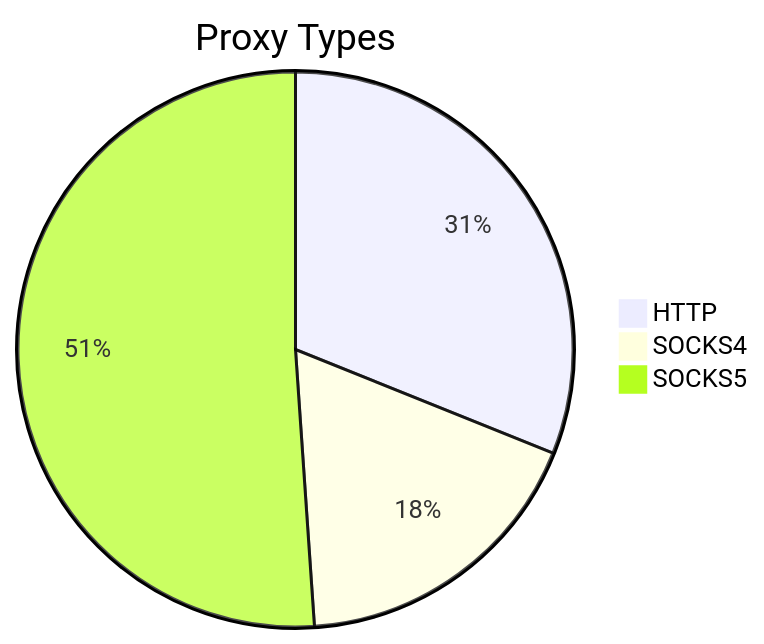
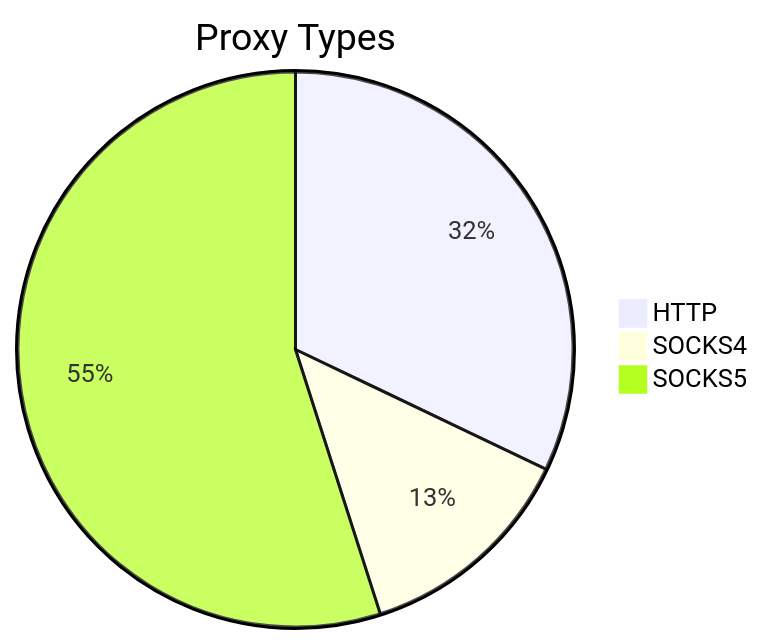
Before and after one commit to stormsia/proxy-list: the first of 2 diagrams in README.md, drawn with Mermaid. The commit also changed other lines of this file, not shown here.

````diff
--- a/README.md
+++ b/README.md
@@ -21,6 +21,6 @@
 ```mermaid
 pie title Proxy Types
-    "HTTP" : 157
-    "SOCKS4" : 90
-    "SOCKS5" : 258
+    "HTTP" : 104
+    "SOCKS4" : 42
+    "SOCKS5" : 178
 ```
````
